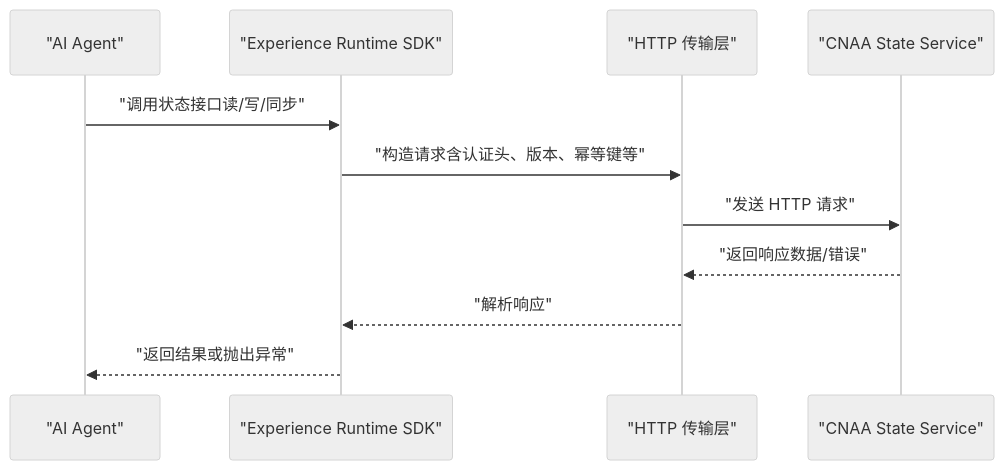
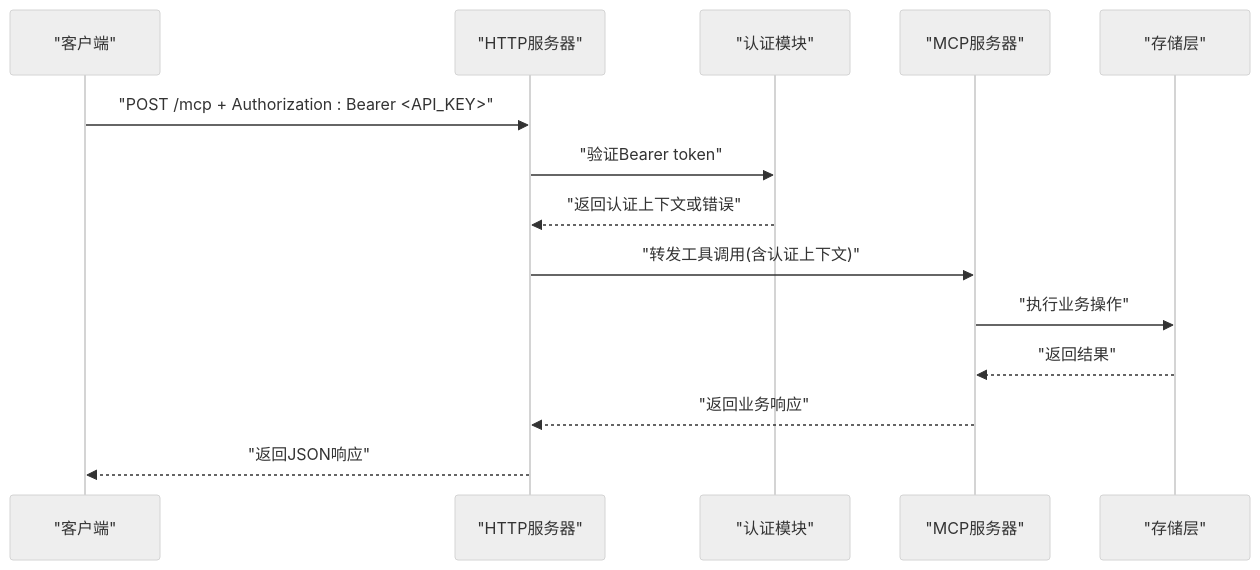
One commit to lgx236/CNAA-Cloud-Native-Agent-Architecture- changed the second of 2 diagrams in .qoder/repowiki/zh/content/API参考/HTTP API.md. Above: the diagram before and after it, drawn with Mermaid (neutral theme). The commit also changed other lines of this file and 98 other files, not shown here.

Commit message:
feat: Add cloud-local distributed architecture configuration & deployment docs

````diff
--- a/.qoder/repowiki/zh/content/API参考/HTTP API.md
+++ b/.qoder/repowiki/zh/content/API参考/HTTP API.md
@@ -55,13 +74,16 @@
 ```mermaid
 sequenceDiagram
-participant Agent as "AI Agent"
-participant SDK as "Experience Runtime SDK"
-participant HTTP as "HTTP 传输层"
-participant StateSvc as "CNAA State Service"
-Agent->>SDK : "调用状态接口读/写/同步"
-SDK->>HTTP : "构造请求含认证头、版本、幂等键等"
-HTTP->>StateSvc : "发送 HTTP 请求"
-StateSvc-->>HTTP : "返回响应数据/错误"
-HTTP-->>SDK : "解析响应"
-SDK-->>Agent : "返回结果或抛出异常"
+participant Client as "客户端"
+participant HTTP as "HTTP服务器"
+participant Auth as "认证模块"
+participant MCP as "MCP服务器"
+participant Store as "存储层"
+Client->>HTTP : "POST /mcp + Authorization : Bearer <API_KEY>"
+HTTP->>Auth : "验证Bearer token"
+Auth-->>HTTP : "返回认证上下文或错误"
+HTTP->>MCP : "转发工具调用(含认证上下文)"
+MCP->>Store : "执行业务操作"
+Store-->>MCP : "返回结果"
+MCP-->>HTTP : "返回业务响应"
+HTTP-->>Client : "返回JSON响应"
 ```
````
